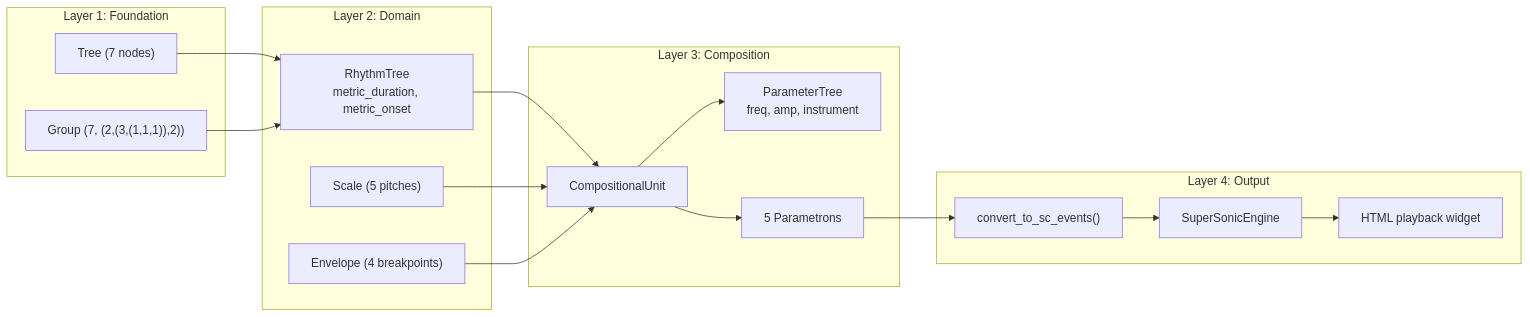
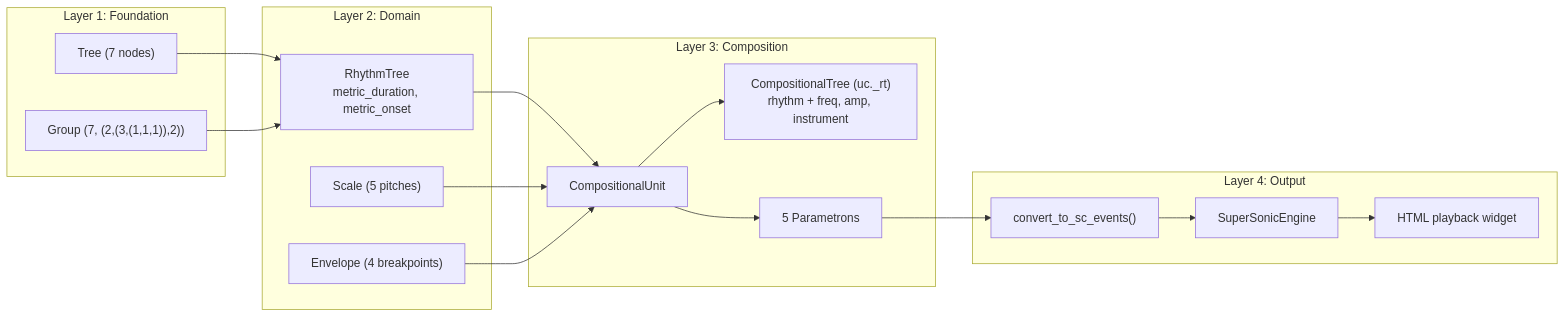
Before and after one commit to kr4g/Klotho: the eighth of 8 diagrams in docs/architecture/10_WALKTHROUGH.md, drawn with Mermaid. The commit also changed other lines of this file and 13 other files, not shown here.

First line of the commit message:
Overhaul architecture docs for Klotho 10.x API

````diff
--- a/docs/architecture/10_WALKTHROUGH.md
+++ b/docs/architecture/10_WALKTHROUGH.md
@@ -357,36 +364,36 @@
 ```mermaid
 flowchart LR
     subgraph "Layer 1: Foundation"
         TREE["Tree (7 nodes)"]
         GROUP["Group (7, (2,(3,(1,1,1)),2))"]
     end
 
     subgraph "Layer 2: Domain"
         RT["RhythmTree<br/>metric_duration, metric_onset"]
         SCALE["Scale (5 pitches)"]
         ENV["Envelope (4 breakpoints)"]
     end
 
     subgraph "Layer 3: Composition"
         UC["CompositionalUnit"]
-        PT["ParameterTree<br/>freq, amp, instrument"]
+        CT["CompositionalTree (uc._rt)<br/>rhythm + freq, amp, instrument"]
         PARAM["5 Parametrons"]
     end
 
     subgraph "Layer 4: Output"
         CONV["convert_to_sc_events()"]
         ENGINE["SuperSonicEngine"]
         WIDGET["HTML playback widget"]
     end
 
     TREE --> RT
     GROUP --> RT
     RT --> UC
     SCALE --> UC
     ENV --> UC
-    UC --> PT
+    UC --> CT
     UC --> PARAM
     PARAM --> CONV
     CONV --> ENGINE
     ENGINE --> WIDGET
 ```
````
